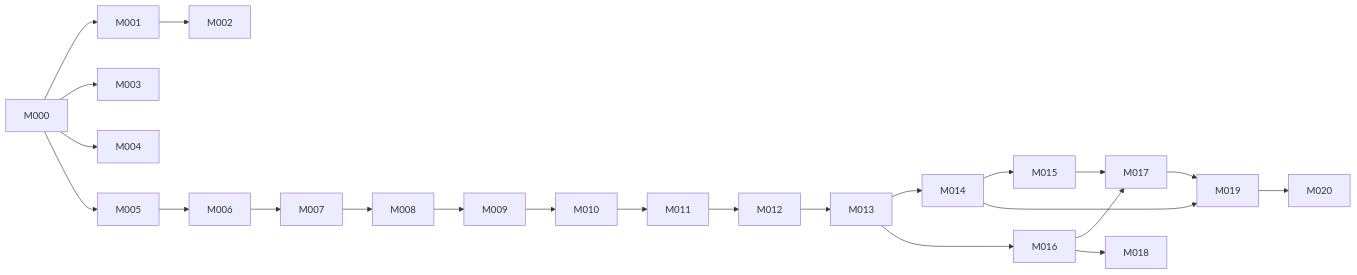
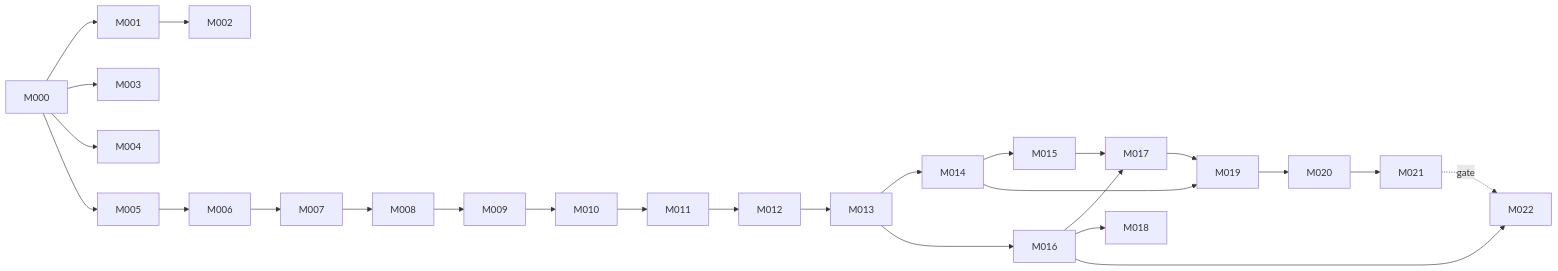
Before and after one commit to eskobar95/mercflow: the diagram in .factory/planning/milestones.md, drawn with Mermaid. The commit also changed other lines of this file and 4 other files, not shown here.

````diff
--- a/.factory/planning/milestones.md
+++ b/.factory/planning/milestones.md
@@ -551,25 +554,28 @@
 ```mermaid
 flowchart LR
   M000 --> M001
   M000 --> M003
   M000 --> M004
   M000 --> M005
   M001 --> M002
   M005 --> M006
   M006 --> M007
   M007 --> M008
   M008 --> M009
   M009 --> M010
   M010 --> M011
   M011 --> M012
   M012 --> M013
   M013 --> M014
   M013 --> M016
   M014 --> M015
   M015 --> M017
   M016 --> M017
   M016 --> M018
   M014 --> M019
   M017 --> M019
   M019 --> M020
+  M020 --> M021
+  M016 --> M022
+  M021 -.->|gate| M022
 ```
````
